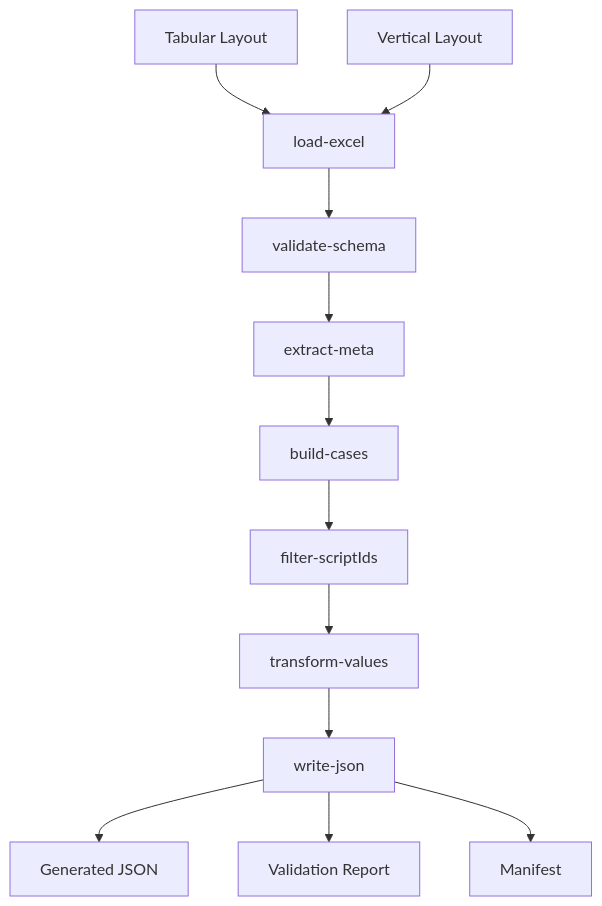
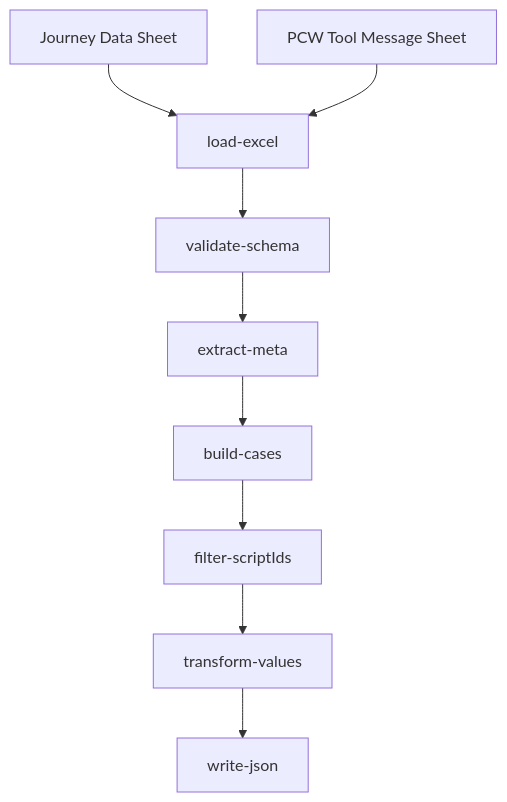
One commit to vijaytomar81/AZOnline changed the second of 3 diagrams in src/dataLayer/README.md. Above: the diagram before and after it, drawn with Mermaid. The commit also changed other lines of this file and 1 other file, not shown here.

```diff
--- a/src/dataLayer/README.md
+++ b/src/dataLayer/README.md
@@ -238,20 +225,16 @@
 ~~~mermaid
 flowchart TD
 
-    A1[Tabular Layout]
-    A2[Vertical Layout]
+    A1[Journey Data Sheet]
+    A2[PCW Tool Message Sheet]
 
     A1 --> B[load-excel]
     A2 --> B
 
     B --> C[validate-schema]
     C --> D[extract-meta]
     D --> E[build-cases]
     E --> F[filter-scriptIds]
     F --> G[transform-values]
     G --> H[write-json]
-
-    H --> I[Generated JSON]
-    H --> J[Validation Report]
-    H --> K[Manifest]
 ~~~
```
